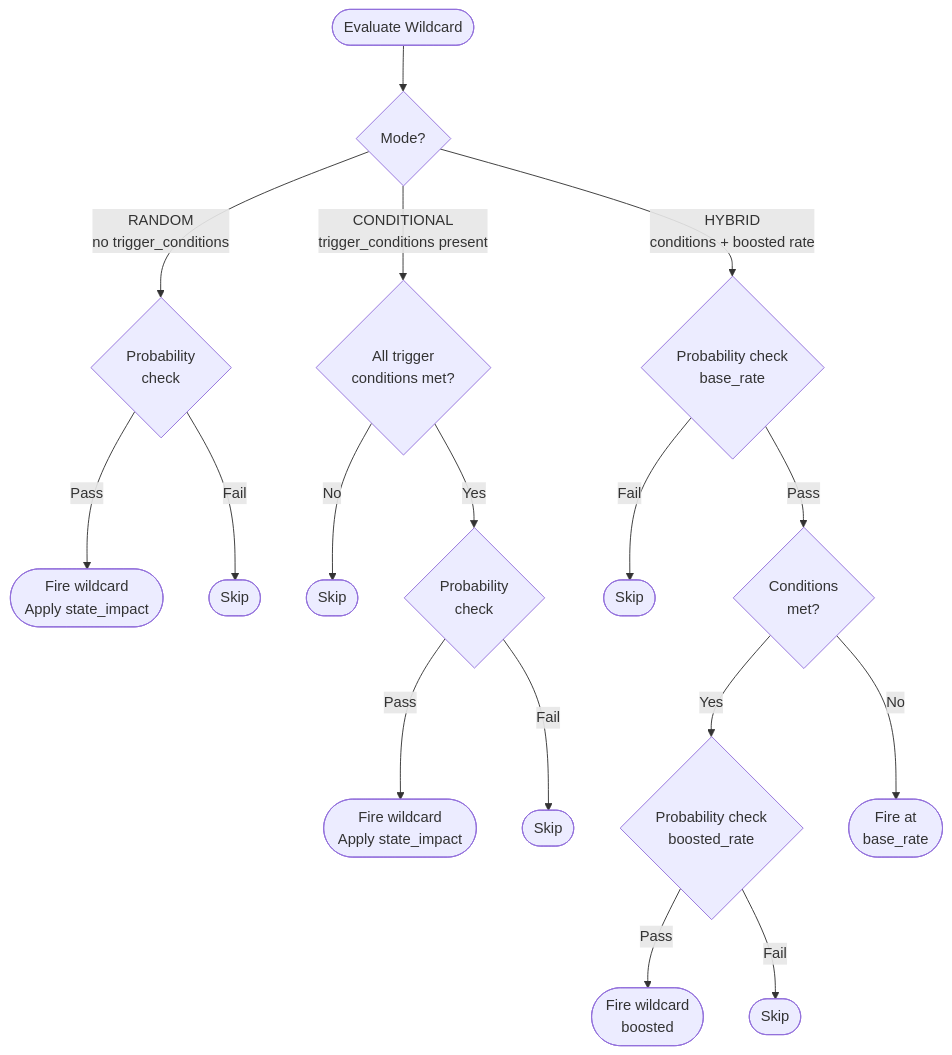
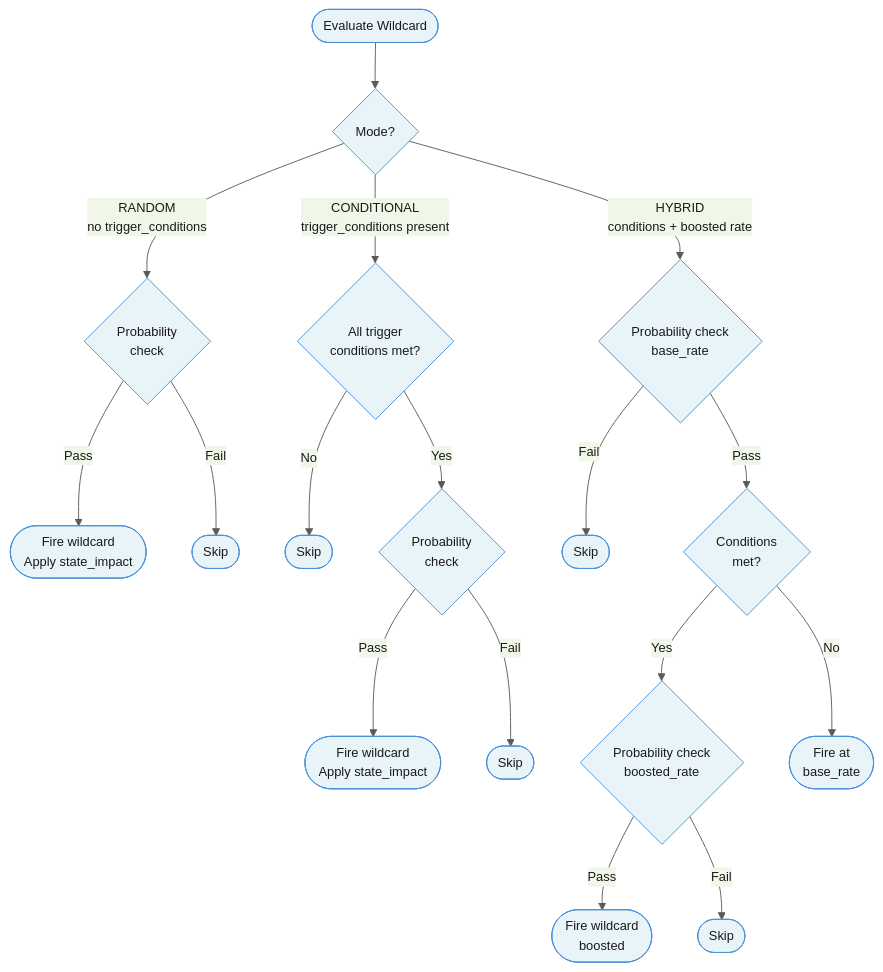
The sixth of 8 diagrams in docs/guide.md (georgosgeorgos/minimal-agora), drawn with Mermaid before and after one commit. The commit also changed other lines of this file and 1 other file, not shown here.

First line of the commit message:
Improve Mermaid diagram readability: light theme, clean labels

````diff
--- a/docs/guide.md
+++ b/docs/guide.md
@@ -769,22 +774,23 @@
 ```mermaid
+%%{init: {'theme': 'base', 'themeVariables': {'primaryColor': '#e8f4f8', 'primaryTextColor': '#1a1a1a', 'primaryBorderColor': '#4a90d9', 'lineColor': '#5a5a5a', 'secondaryColor': '#f0f7e8', 'tertiaryColor': '#fff5e6', 'fontSize': '14px'}}}%%
 flowchart TD
     START([Evaluate Wildcard]) --> MODE{Mode?}
 
     MODE -->|RANDOM\nno trigger_conditions| R1{Probability\ncheck}
     R1 -->|Pass| FIRE1([Fire wildcard\nApply state_impact])
     R1 -->|Fail| SKIP1([Skip])
 
     MODE -->|CONDITIONAL\ntrigger_conditions present| C1{All trigger\nconditions met?}
     C1 -->|No| SKIP2([Skip])
     C1 -->|Yes| C2{Probability\ncheck}
     C2 -->|Pass| FIRE2([Fire wildcard\nApply state_impact])
     C2 -->|Fail| SKIP3([Skip])
 
     MODE -->|HYBRID\nconditions + boosted rate| H1{Probability check\nbase_rate}
     H1 -->|Fail| SKIP4([Skip])
     H1 -->|Pass| H2{Conditions\nmet?}
     H2 -->|Yes| H3{Probability check\nboosted_rate}
     H2 -->|No| H4([Fire at\nbase_rate])
     H3 -->|Pass| FIRE3([Fire wildcard\nboosted])
     H3 -->|Fail| SKIP5([Skip])
 ```
````
